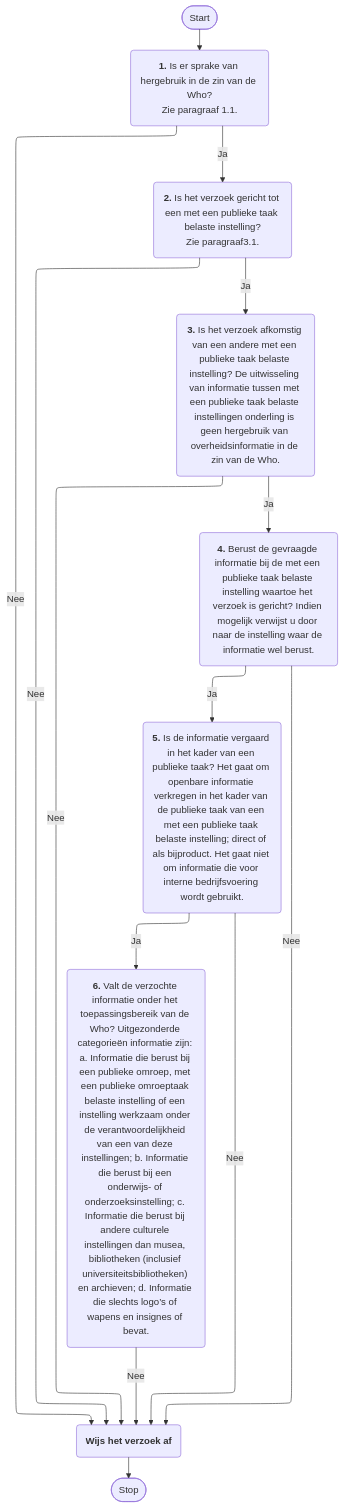
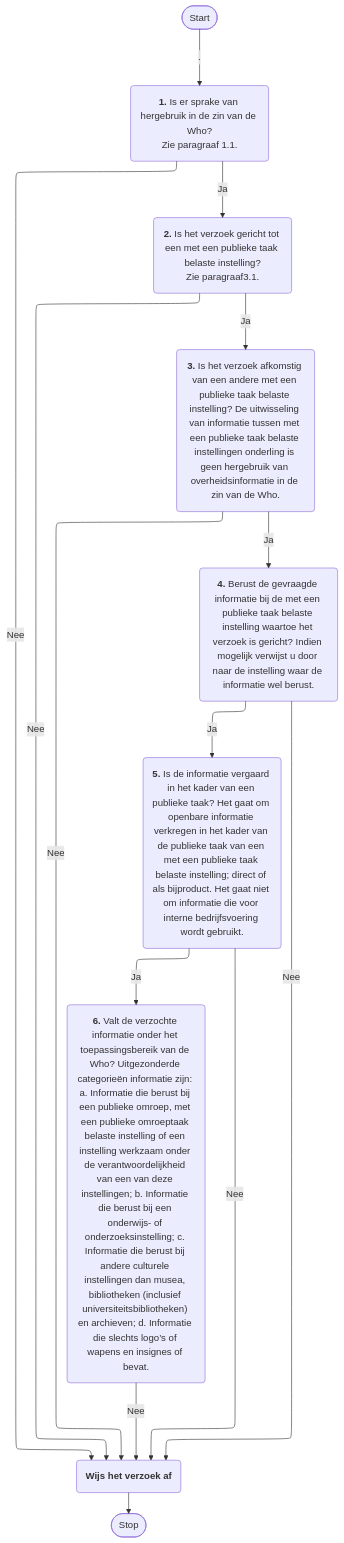
One commit to VNG-Realisatie/VNG-R-Respec-Template changed the fourth of 10 diagrams in mermaid.md. Above: the diagram before and after it, drawn with Mermaid. The commit also changed other lines of this file, not shown here.

````diff
--- a/mermaid.md
+++ b/mermaid.md
@@ -130,36 +192,36 @@
 ```mermaid
 %%{init: {"flowchart": {"defaultRenderer": "elk"}} }%%
 graph TD
-    A([Start])---->B("`**1.** Is er sprake van hergebruik in de zin van de Who?
+    A([Start])--.-->B("`**1.** Is er sprake van hergebruik in de zin van de Who?
     Zie paragraaf 1.1.`")
 
     B("`**1.** Is er sprake van hergebruik in de zin van de Who?
     Zie paragraaf 1.1.`")-- Nee -->L("`**Wijs het verzoek af**`")
 
     B("`**1.** Is er sprake van hergebruik in de zin van de Who?
     Zie paragraaf 1.1.`")-- Ja -->C("`**2.** Is het verzoek gericht tot een met een publieke taak belaste instelling?
     Zie paragraaf3.1.`")
 
     C("`**2.** Is het verzoek gericht tot een met een publieke taak belaste instelling?
     Zie paragraaf3.1.`")-- Nee -->L("`**Wijs het verzoek af**`")
 
     C("`**2.** Is het verzoek gericht tot een met een publieke taak belaste instelling?
     Zie paragraaf3.1.`")
 -- Ja -->D("`**3.** Is het verzoek afkomstig van een andere met een publieke taak belaste instelling? De uitwisseling van informatie tussen met een publieke taak belaste instellingen onderling is geen hergebruik van overheidsinformatie in de zin van de Who.`")
 
     D("`**3.** Is het verzoek afkomstig van een andere met een publieke taak belaste instelling? De uitwisseling van informatie tussen met een publieke taak belaste instellingen onderling is geen hergebruik van overheidsinformatie in de zin van de Who.`")-- Nee -->L("`**Wijs het verzoek af**`")
 
     D("`**3.** Is het verzoek afkomstig van een andere met een publieke taak belaste instelling? De uitwisseling van informatie tussen met een publieke taak belaste instellingen onderling is geen hergebruik van overheidsinformatie in de zin van de Who.`")-- Ja -->E("`**4.** Berust de gevraagde informatie bij de met een publieke taak belaste instelling waartoe het verzoek is gericht? Indien mogelijk verwijst u door naar de instelling waar de informatie wel berust.`")
 
     E("`**4.** Berust de gevraagde informatie bij de met een publieke taak belaste instelling waartoe het verzoek is gericht? Indien mogelijk verwijst u door naar de instelling waar de informatie wel berust.`")-- Nee -->L("`**Wijs het verzoek af**`")
 
     E("`**4.** Berust de gevraagde informatie bij de met een publieke taak belaste instelling waartoe het verzoek is gericht? Indien mogelijk verwijst u door naar de instelling waar de informatie wel berust.`")-- Ja --> F("`**5.** Is de informatie vergaard in het kader van een publieke taak? Het gaat om openbare informatie verkregen in het kader van de publieke taak van een met een publieke taak belaste instelling; direct of als bijproduct. Het gaat niet om informatie die voor interne bedrijfsvoering wordt gebruikt.`")
 
     F("`**5.** Is de informatie vergaard in het kader van een publieke taak? Het gaat om openbare informatie verkregen in het kader van de publieke taak van een met een publieke taak belaste instelling; direct of als bijproduct. Het gaat niet om informatie die voor interne bedrijfsvoering wordt gebruikt.`")-- Nee -->L("`**Wijs het verzoek af**`")
 
     F("`**5.** Is de informatie vergaard in het kader van een publieke taak? Het gaat om openbare informatie verkregen in het kader van de publieke taak van een met een publieke taak belaste instelling; direct of als bijproduct. Het gaat niet om informatie die voor interne bedrijfsvoering wordt gebruikt.`")-- Ja -->G("`**6.** Valt de verzochte informatie onder het toepassingsbereik van de Who? Uitgezonderde categorieën informatie zijn: a. Informatie die berust bij een publieke omroep, met een publieke omroeptaak belaste instelling of een instelling werkzaam onder de verantwoordelijkheid van een van deze instellingen; b. Informatie die berust bij een onderwijs- of onderzoeksinstelling; c. Informatie die berust bij andere culturele instellingen dan musea, bibliotheken (inclusief universiteitsbibliotheken) en archieven; d. Informatie die slechts logo’s of wapens en insignes of bevat.`")
 
     G("`**6.** Valt de verzochte informatie onder het toepassingsbereik van de Who? Uitgezonderde categorieën informatie zijn: a. Informatie die berust bij een publieke omroep, met een publieke omroeptaak belaste instelling of een instelling werkzaam onder de verantwoordelijkheid van een van deze instellingen; b. Informatie die berust bij een onderwijs- of onderzoeksinstelling; c. Informatie die berust bij andere culturele instellingen dan musea, bibliotheken (inclusief universiteitsbibliotheken) en archieven; d. Informatie die slechts logo’s of wapens en insignes of bevat.`")-- Nee -->L("`**Wijs het verzoek af**`")
 ---->X([Stop])
 
 ```
````
